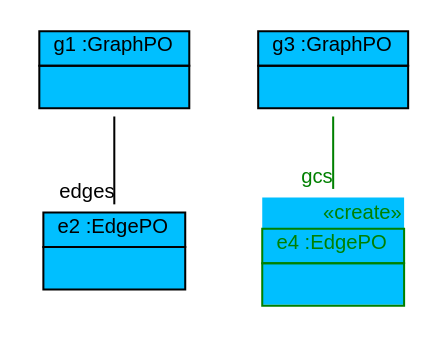
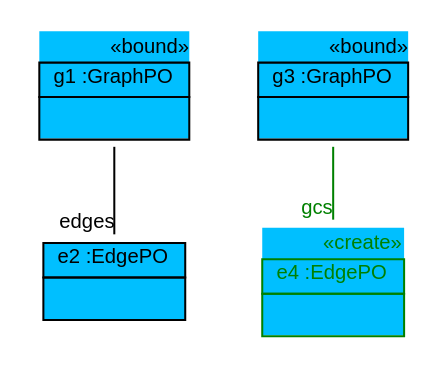
Before and after one commit to fujaba/SDMLib: the diagram in doc/TTC2011SimpleMigrationPatternDiagram18.dot, drawn with Graphviz. The commit also changed 27 other files, not shown here.

```diff
--- a/doc/TTC2011SimpleMigrationPatternDiagram18.dot
+++ b/doc/TTC2011SimpleMigrationPatternDiagram18.dot
@@ -1,12 +1,12 @@
 graph ObjectDiagram {
    node [shape = none, fontsize = 10, fontname = "Arial"];
    edge [fontsize = 10, fontname = "Arial"];
 
-g1 [label=<<table border='0' cellborder='1' cellspacing='0' color='black' bgcolor='deepskyblue'>  <tr> <td align='center'> <font color='black'> g1 :GraphPO </font></td></tr> <tr> <td align='left'> <table border='0' cellborder='0' cellspacing='0' color='black'> <tr> <td>  </td></tr></table></td></tr></table>>];
+g1 [label=<<table border='0' cellborder='1' cellspacing='0' color='black' bgcolor='deepskyblue'> <tr> <td border='0' align='right'><font color='black'>&#171;bound&#187;</font></td></tr> <tr> <td align='center'> <font color='black'> g1 :GraphPO </font></td></tr> <tr> <td align='left'> <table border='0' cellborder='0' cellspacing='0' color='black'> <tr> <td>  </td></tr></table></td></tr></table>>];
 e2 [label=<<table border='0' cellborder='1' cellspacing='0' color='black' bgcolor='deepskyblue'>  <tr> <td align='center'> <font color='black'> e2 :EdgePO </font></td></tr> <tr> <td align='left'> <table border='0' cellborder='0' cellspacing='0' color='black'> <tr> <td>  </td></tr></table></td></tr></table>>];
-g3 [label=<<table border='0' cellborder='1' cellspacing='0' color='black' bgcolor='deepskyblue'>  <tr> <td align='center'> <font color='black'> g3 :GraphPO </font></td></tr> <tr> <td align='left'> <table border='0' cellborder='0' cellspacing='0' color='black'> <tr> <td>  </td></tr></table></td></tr></table>>];
+g3 [label=<<table border='0' cellborder='1' cellspacing='0' color='black' bgcolor='deepskyblue'> <tr> <td border='0' align='right'><font color='black'>&#171;bound&#187;</font></td></tr> <tr> <td align='center'> <font color='black'> g3 :GraphPO </font></td></tr> <tr> <td align='left'> <table border='0' cellborder='0' cellspacing='0' color='black'> <tr> <td>  </td></tr></table></td></tr></table>>];
 e4 [label=<<table border='0' cellborder='1' cellspacing='0' color='green' bgcolor='deepskyblue'> <tr> <td border='0' align='right'><font color='green'>&#171;create&#187;</font></td></tr> <tr> <td align='center'> <font color='green'> e4 :EdgePO </font></td></tr> <tr> <td align='left'> <table border='0' cellborder='0' cellspacing='0' color='green'> <tr> <td>  </td></tr></table></td></tr></table>>];
 
 g1 -- e2 [headlabel = "edges" taillabel = "" color="black" fontcolor="black"];
 g3 -- e4 [headlabel = "gcs" taillabel = "" color="green" fontcolor="green"];
 }
```
